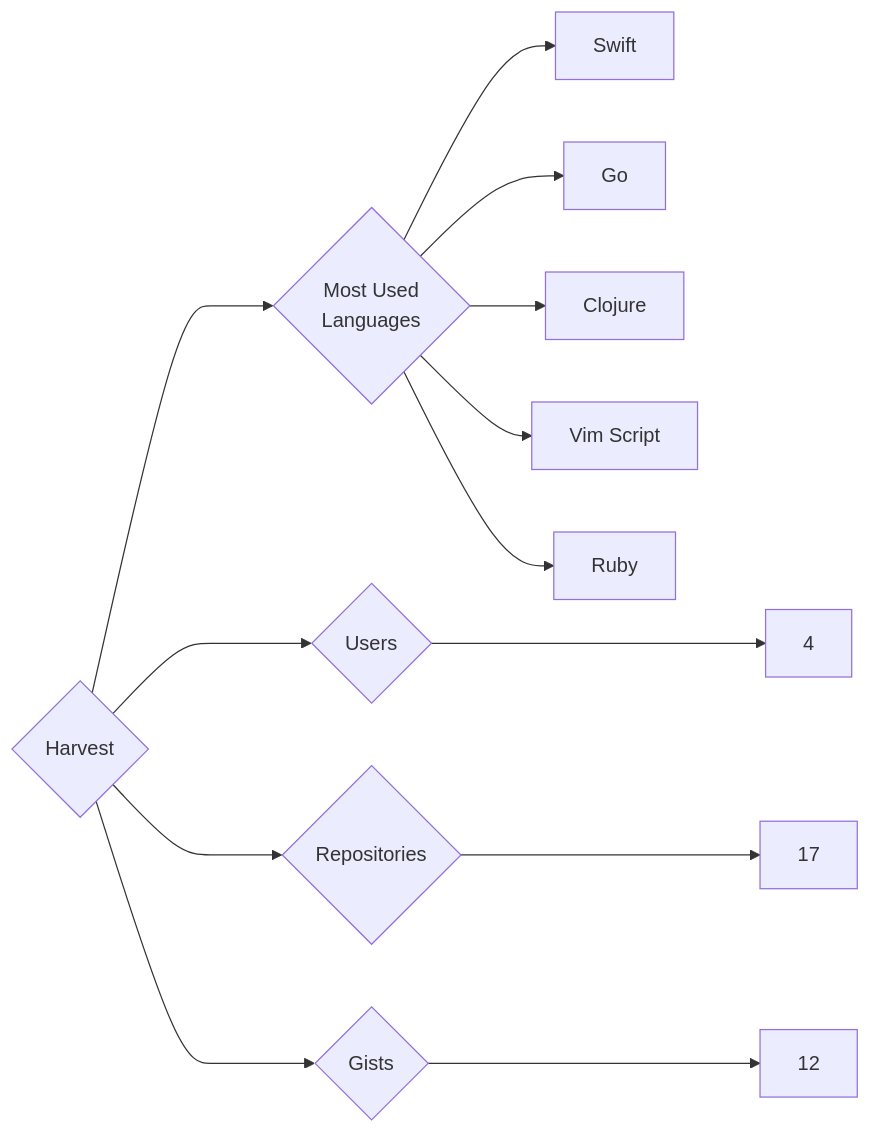
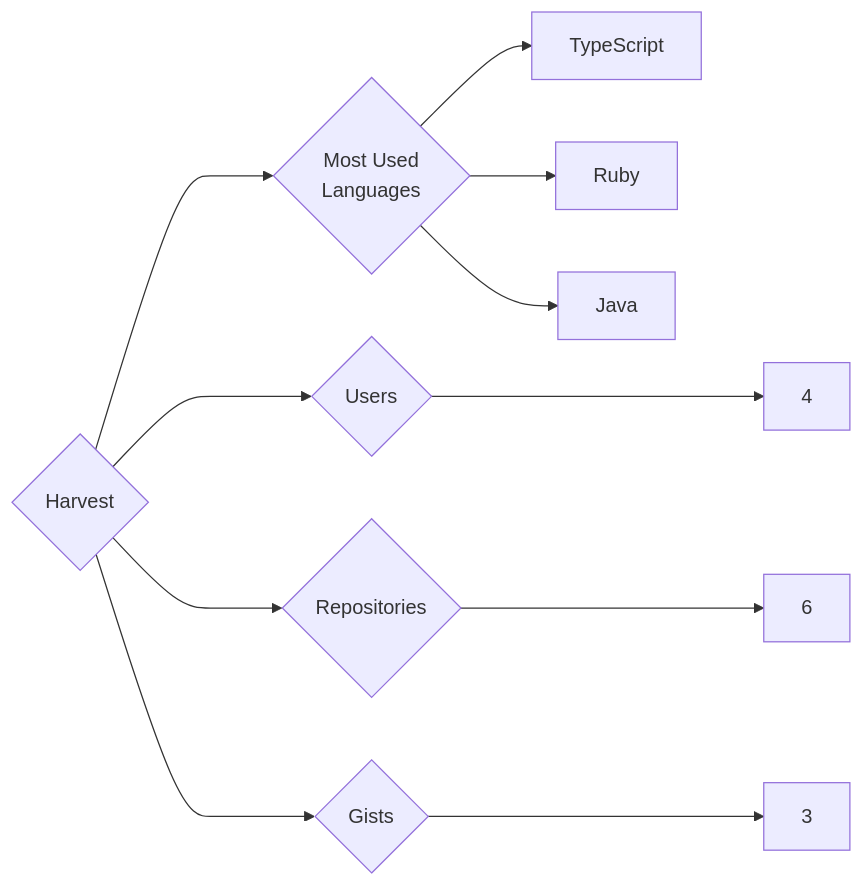
Before and after one commit to trickest/insiders: the diagram in targets/Harvest/README.md, drawn with Mermaid. The commit also changed 1023 other files, not shown here.

````diff
--- a/targets/Harvest/README.md
+++ b/targets/Harvest/README.md
@@ -3,13 +3,11 @@
 ```mermaid
 graph LR
 COMPANY_NAME{Harvest}
 COMPANY_NAME ---> U{Users} ---> UN[4]
-COMPANY_NAME ---> R{Repositories} ---> RN[17]
-COMPANY_NAME ---> G{Gists} ---> GN[12]
+COMPANY_NAME ---> R{Repositories} ---> RN[6]
+COMPANY_NAME ---> G{Gists} ---> GN[3]
 COMPANY_NAME ---> ML{Most Used<br>Languages}
-ML --> Swift[Swift]
-ML --> Go[Go]
-ML --> Clojure[Clojure]
-ML --> Vim_Script[Vim Script]
+ML --> TypeScript[TypeScript]
 ML --> Ruby[Ruby]
+ML --> Java[Java]
 ```
````
